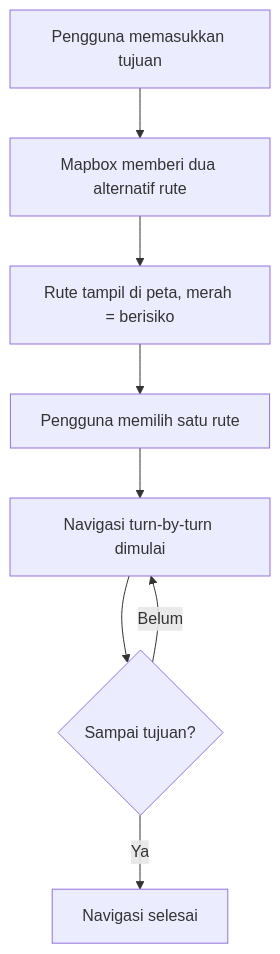
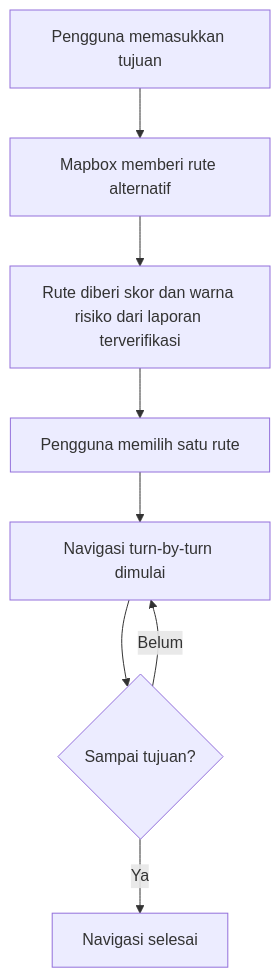
Before and after one commit to faldyardiansyah/LaporDermayu: the first of 7 diagrams in README.md, drawn with Mermaid. The commit also changed other lines of this file, not shown here.

````diff
--- a/README.md
+++ b/README.md
@@ -150,10 +184,10 @@
 ```mermaid
 flowchart TD
-    A["Pengguna memasukkan tujuan"] --> B["Mapbox memberi dua alternatif rute"]
-    B --> C["Rute tampil di peta, merah = berisiko"]
+    A["Pengguna memasukkan tujuan"] --> B["Mapbox memberi rute alternatif"]
+    B --> C["Rute diberi skor dan warna risiko dari laporan terverifikasi"]
     C --> D["Pengguna memilih satu rute"]
     D --> E["Navigasi turn-by-turn dimulai"]
     E --> F{"Sampai tujuan?"}
     F -->|Belum| E
     F -->|Ya| G["Navigasi selesai"]
 ```
````
